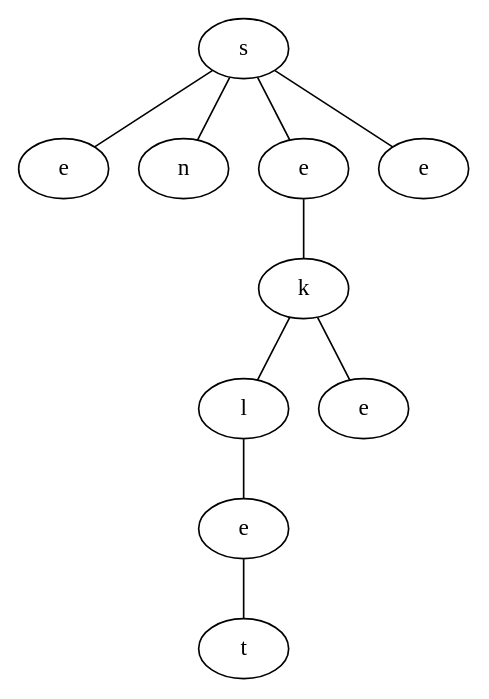
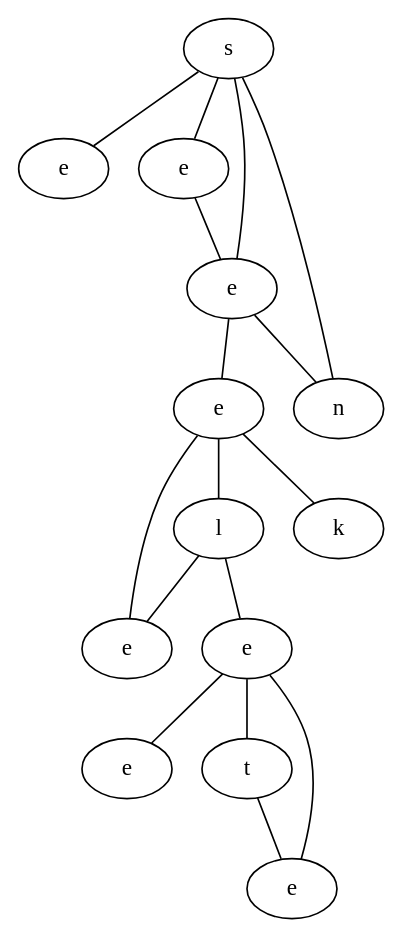
Before and after one commit to schrum2/MM-NEAT: the diagram in data/VGLC/graph.dot, drawn with Graphviz. The commit also changed 3 other files, not shown here.

Commit message:
Output of Zelda Graph file shows all adjacencies #341

```diff
--- a/data/VGLC/graph.dot
+++ b/data/VGLC/graph.dot
@@ -1,21 +1,31 @@
 graph {
-PCZT[label="s"]
-rDPe[label="e"]
-ktUp[label="n"]
-QHRL[label="e"]
-SQPn[label="e"]
-CrkF[label="k"]
-TjIA[label="l"]
-dQNh[label="e"]
-UuxO[label="e"]
-eHMD[label="t"]
-PCZT -- rDPe
-PCZT -- ktUp
-PCZT -- QHRL
-PCZT -- SQPn
-QHRL -- CrkF
-CrkF -- TjIA
-CrkF -- dQNh
-TjIA -- UuxO
-UuxO -- eHMD
+Pnpu[label="s"]
+UmZe[label="e"]
+arVl[label="e"]
+WCfY[label="e"]
+jadF[label="n"]
+hBcz[label="e"]
+wahL[label="l"]
+WWJa[label="e"]
+myPG[label="k"]
+mliT[label="e"]
+xPpm[label="e"]
+ZYKU[label="t"]
+EUUp[label="e"]
+Pnpu -- UmZe
+Pnpu -- arVl
+Pnpu -- WCfY
+Pnpu -- jadF
+arVl -- WCfY
+WCfY -- hBcz
+WCfY -- jadF
+hBcz -- wahL
+hBcz -- WWJa
+hBcz -- myPG
+wahL -- WWJa
+wahL -- mliT
+mliT -- xPpm
+mliT -- ZYKU
+mliT -- EUUp
+ZYKU -- EUUp
 }
```
